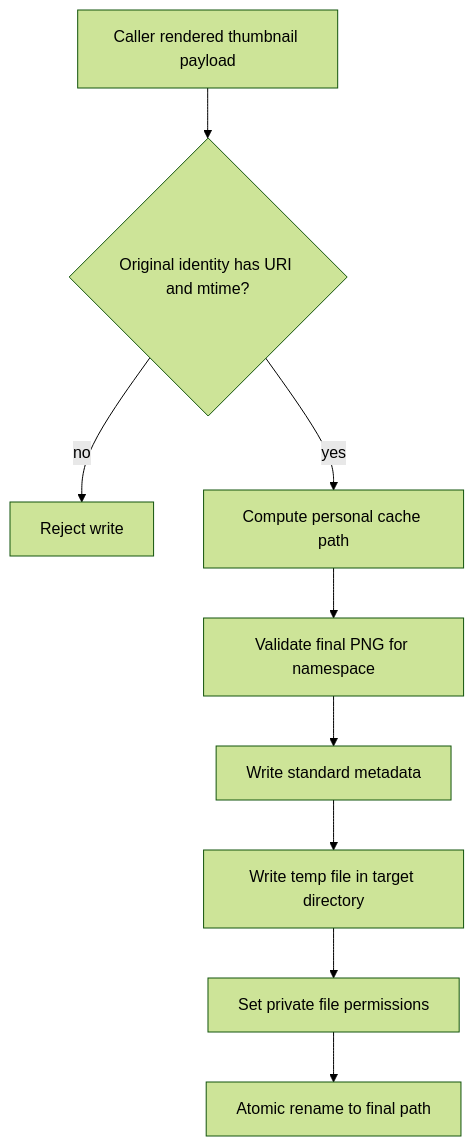
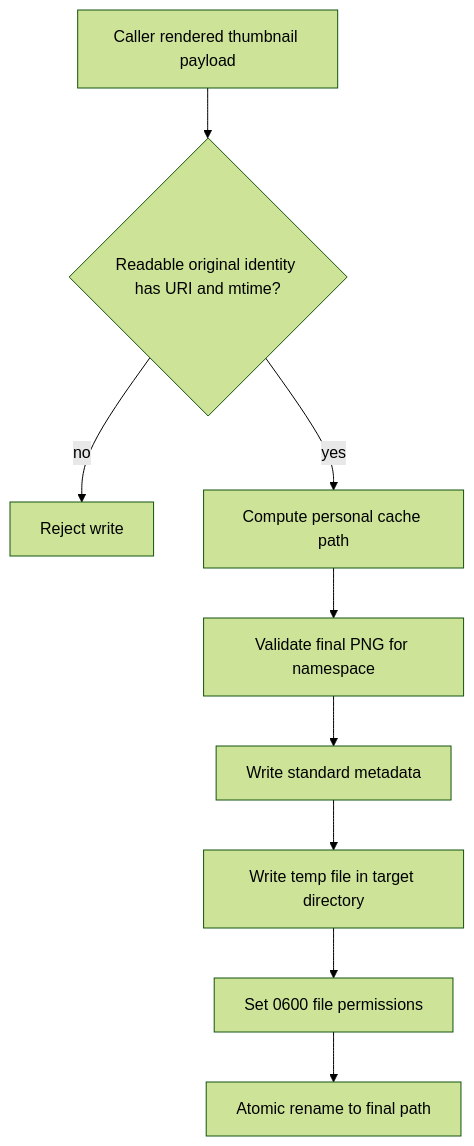
One commit to hnjae/xdg-thumbnail changed the second of 2 diagrams in docs/architecture/thumbnail-lifecycle.md. Above: the diagram before and after it, drawn with Mermaid (forest theme). The commit also changed other lines of this file and 5 other files, not shown here.

````diff
--- a/docs/architecture/thumbnail-lifecycle.md
+++ b/docs/architecture/thumbnail-lifecycle.md
@@ -54,11 +54,11 @@
 ```mermaid
 flowchart TD
-    A[Caller rendered thumbnail payload] --> B{Original identity has URI and mtime?}
+    A[Caller rendered thumbnail payload] --> B{Readable original identity has URI and mtime?}
     B -- no --> C[Reject write]
     B -- yes --> D[Compute personal cache path]
     D --> E[Validate final PNG for namespace]
     E --> F[Write standard metadata]
     F --> G[Write temp file in target directory]
-    G --> H[Set private file permissions]
+    G --> H[Set 0600 file permissions]
     H --> I[Atomic rename to final path]
 ```
````
